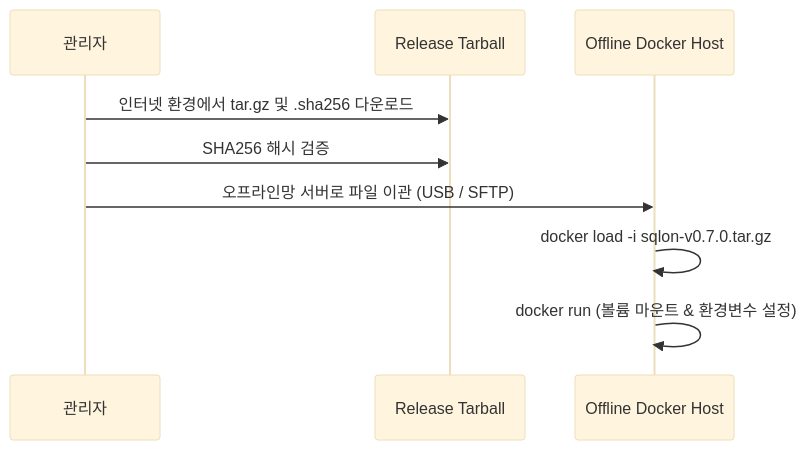
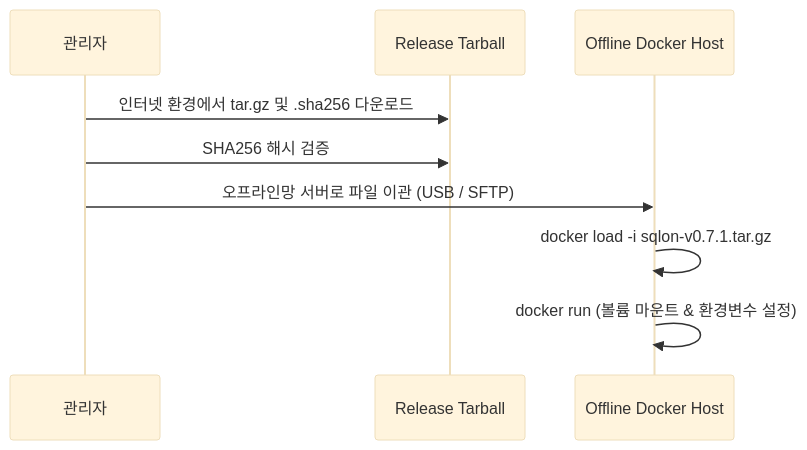
Before and after one commit to hkjang/sqlon: the second of 2 diagrams in docs/admin_guide.md, drawn with Mermaid (base theme). The commit also changed other lines of this file and 5 other files, not shown here.

````diff
--- a/docs/admin_guide.md
+++ b/docs/admin_guide.md
@@ -62,12 +62,12 @@
 ```mermaid
 sequenceDiagram
     participant Admin as 관리자
     participant File as Release Tarball
     participant Docker as Offline Docker Host
     
     Admin->>File: 인터넷 환경에서 tar.gz 및 .sha256 다운로드
     Admin->>File: SHA256 해시 검증
     Admin->>Docker: 오프라인망 서버로 파일 이관 (USB / SFTP)
-    Docker->>Docker: docker load -i sqlon-v0.7.0.tar.gz
+    Docker->>Docker: docker load -i sqlon-v0.7.1.tar.gz
     Docker->>Docker: docker run (볼륨 마운트 & 환경변수 설정)
 ```
````
